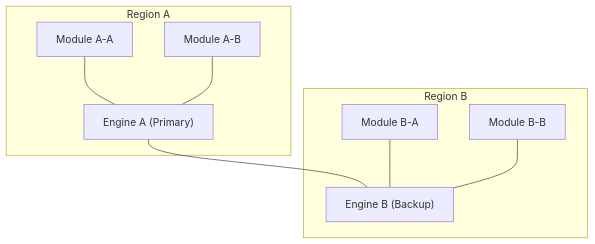
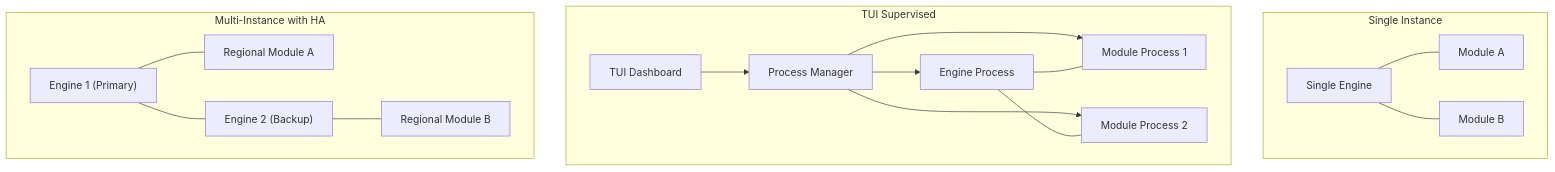
Before and after one commit to zt281/TycheEngine: the tenth of 11 diagrams in .qoder/repowiki/en/content/Architecture Overview/Architecture Overview.md, drawn with Mermaid. The commit also changed other lines of this file and 33 other files, not shown here.

````diff
--- a/.qoder/repowiki/en/content/Architecture Overview/Architecture Overview.md
+++ b/.qoder/repowiki/en/content/Architecture Overview/Architecture Overview.md
@@ -325,18 +552,32 @@
 ```mermaid
 graph TB
-subgraph "Region A"
-EA["Engine A (Primary)"]
-MA["Module A-A"]
-MB["Module A-B"]
+subgraph "Single Instance"
+SI_E["Single Engine"]
+SI_M1["Module A"]
+SI_M2["Module B"]
+SI_E --- SI_M1
+SI_E --- SI_M2
 end
-subgraph "Region B"
-EB["Engine B (Backup)"]
-MC["Module B-A"]
-MD["Module B-B"]
+subgraph "TUI Supervised"
+TUI["TUI Dashboard"]
+PM["Process Manager"]
+TE["Engine Process"]
+TM1["Module Process 1"]
+TM2["Module Process 2"]
+TUI --> PM
+PM --> TE
+PM --> TM1
+PM --> TM2
+TE --- TM1
+TE --- TM2
 end
-EA --- EB
-MA --- EA
-MB --- EA
-MC --- EB
-MD --- EB
+subgraph "Multi-Instance with HA"
+MI_E1["Engine 1 (Primary)"]
+MI_E2["Engine 2 (Backup)"]
+MI_M1["Regional Module A"]
+MI_M2["Regional Module B"]
+MI_E1 --- MI_M1
+MI_E2 --- MI_M2
+MI_E1 --- MI_E2
+end
 ```
````
